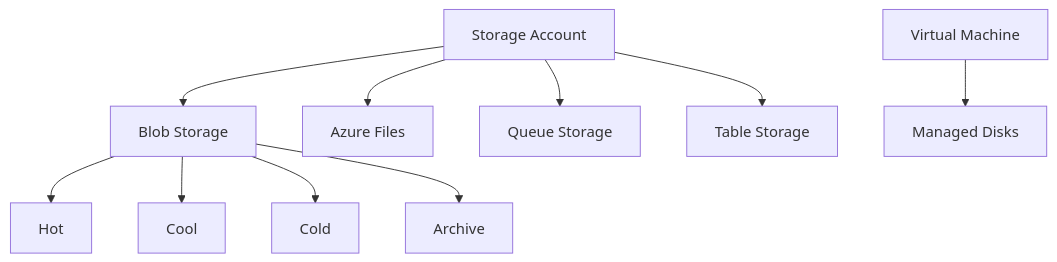
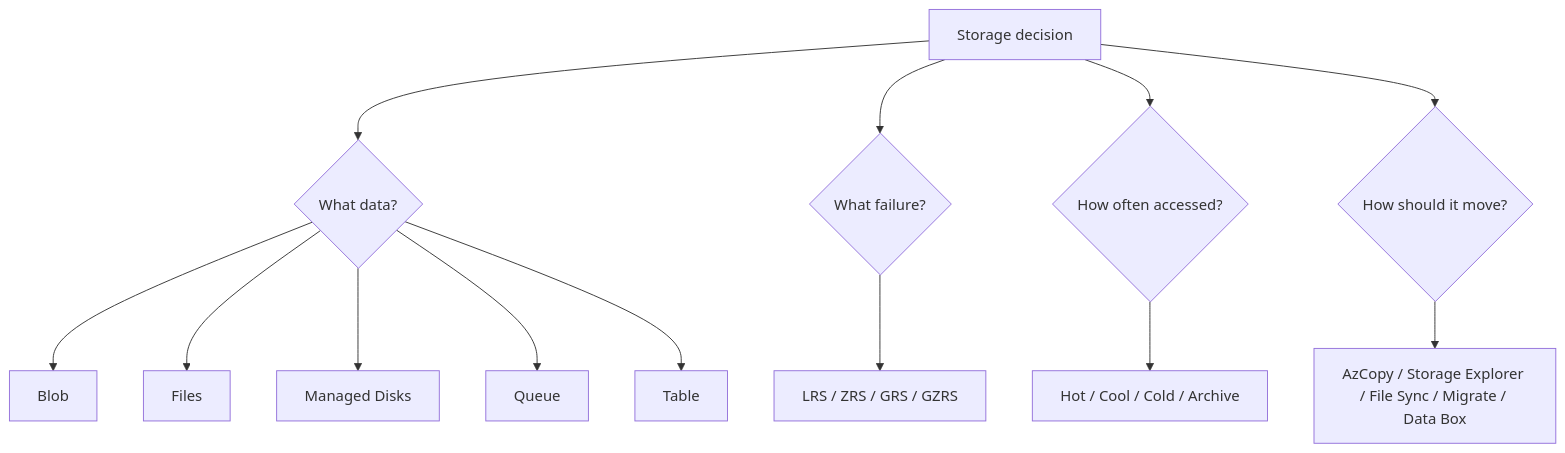
One commit to zhyordanova/azure-fundamentals-handbook changed the seventh of 14 diagrams in exam/concept-map/concept-map.md. Above: the diagram before and after it, drawn with Mermaid. The commit also changed other lines of this file and 1 other file, not shown here.

````diff
--- a/exam/concept-map/concept-map.md
+++ b/exam/concept-map/concept-map.md
@@ -172,23 +176,17 @@
 ```mermaid
 flowchart TD
+    A["Storage decision"] --> DATA{"What data?"}
+    A --> FAIL{"What failure?"}
+    A --> ACCESS{"How often accessed?"}
+    A --> MOVE{"How should it move?"}
 
-    SA["Storage Account"]
+    DATA --> BLOB["Blob"]
+    DATA --> FILES["Files"]
+    DATA --> DISK["Managed Disks"]
+    DATA --> QUEUE["Queue"]
+    DATA --> TABLE["Table"]
 
-    SA --> BLOB["Blob Storage"]
-
-    SA --> FILES["Azure Files"]
-
-    SA --> QUEUE["Queue Storage"]
-
-    SA --> TABLE["Table Storage"]
-
-    VM["Virtual Machine"] --> DISK["Managed Disks"]
-
-    BLOB --> HOT["Hot"]
-
-    BLOB --> COOL["Cool"]
-
-    BLOB --> COLD["Cold"]
-
-    BLOB --> ARCHIVE["Archive"]
+    FAIL --> RED["LRS / ZRS / GRS / GZRS"]
+    ACCESS --> TIER["Hot / Cool / Cold / Archive"]
+    MOVE --> TOOLS["AzCopy / Storage Explorer / File Sync / Migrate / Data Box"]
 ```
````
